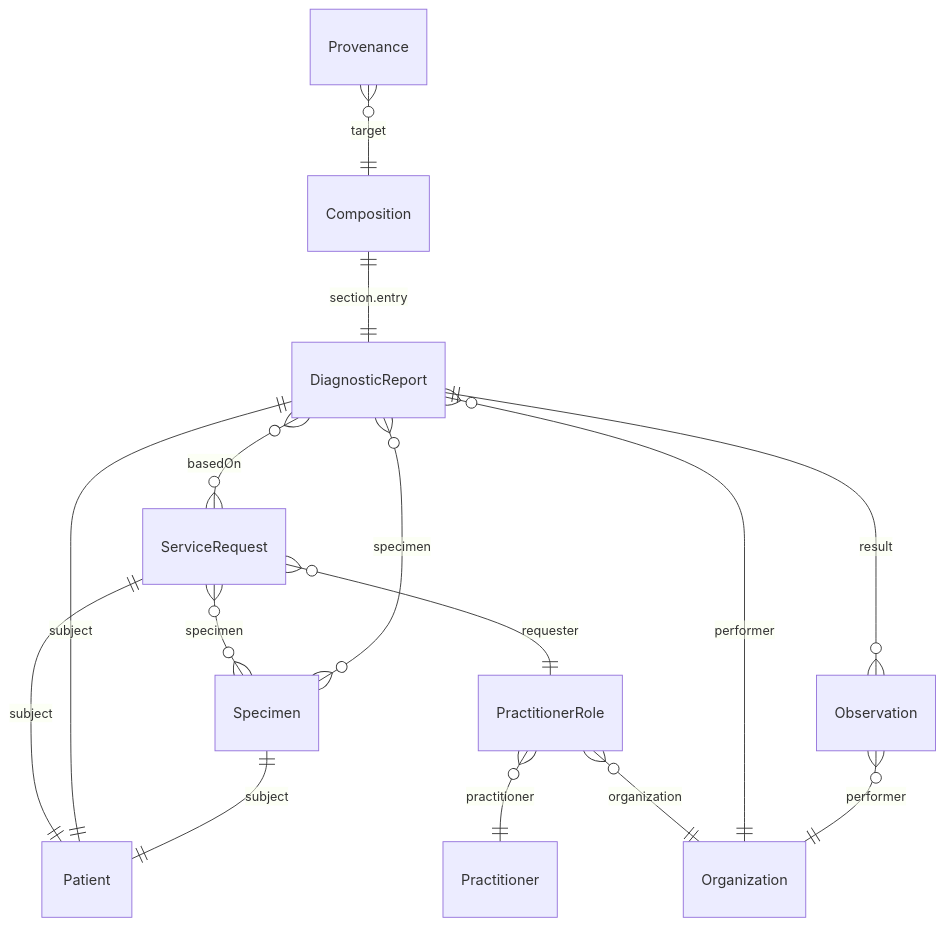
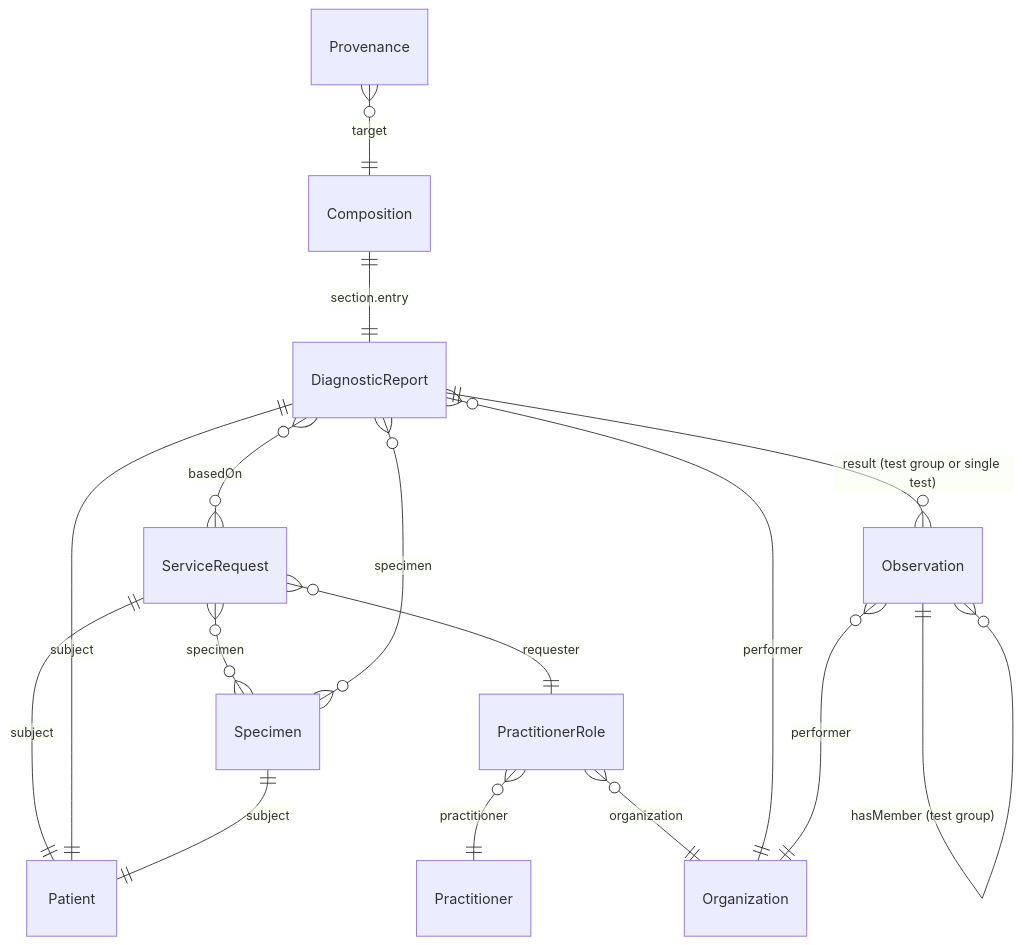
The diagram in input/pagecontent/DataModel.md (KevinMayfield/PathologyAndLaboratory), drawn with Mermaid before and after one commit. The commit also changed other lines of this file and 59 other files, not shown here.

````diff
--- a/input/pagecontent/DataModel.md
+++ b/input/pagecontent/DataModel.md
@@ -12,17 +12,18 @@
 ```mermaid
 erDiagram
     ServiceRequest ||--|| Patient : subject
     ServiceRequest }o--|| PractitionerRole : requester
     PractitionerRole }o--|| Practitioner : practitioner
     PractitionerRole }o--|| Organization : organization
     ServiceRequest }o--o{ Specimen : specimen
     DiagnosticReport }o--o{ ServiceRequest : basedOn
     DiagnosticReport ||--|| Patient : subject
     DiagnosticReport }o--|| Organization : performer
-    DiagnosticReport ||--o{ Observation : result
+    DiagnosticReport ||--o{ Observation : "result (test group or single test)"
+    Observation ||--o{ Observation : "hasMember (test group)"
     DiagnosticReport }o--o{ Specimen : specimen
     Observation }o--|| Organization : performer
     Specimen ||--|| Patient : subject
     Composition ||--|| DiagnosticReport : "section.entry"
     Provenance }o--|| Composition : target
 ```
````
